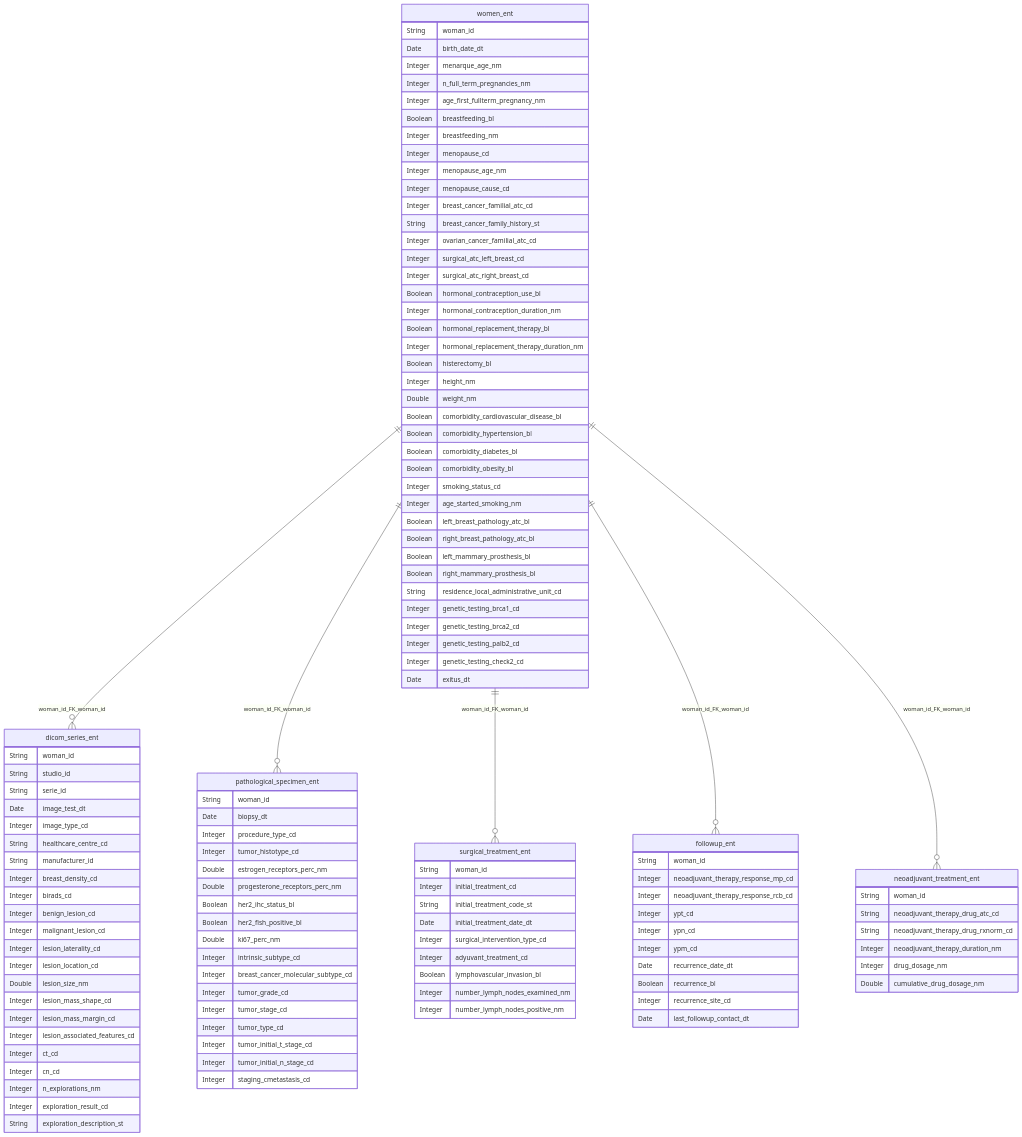
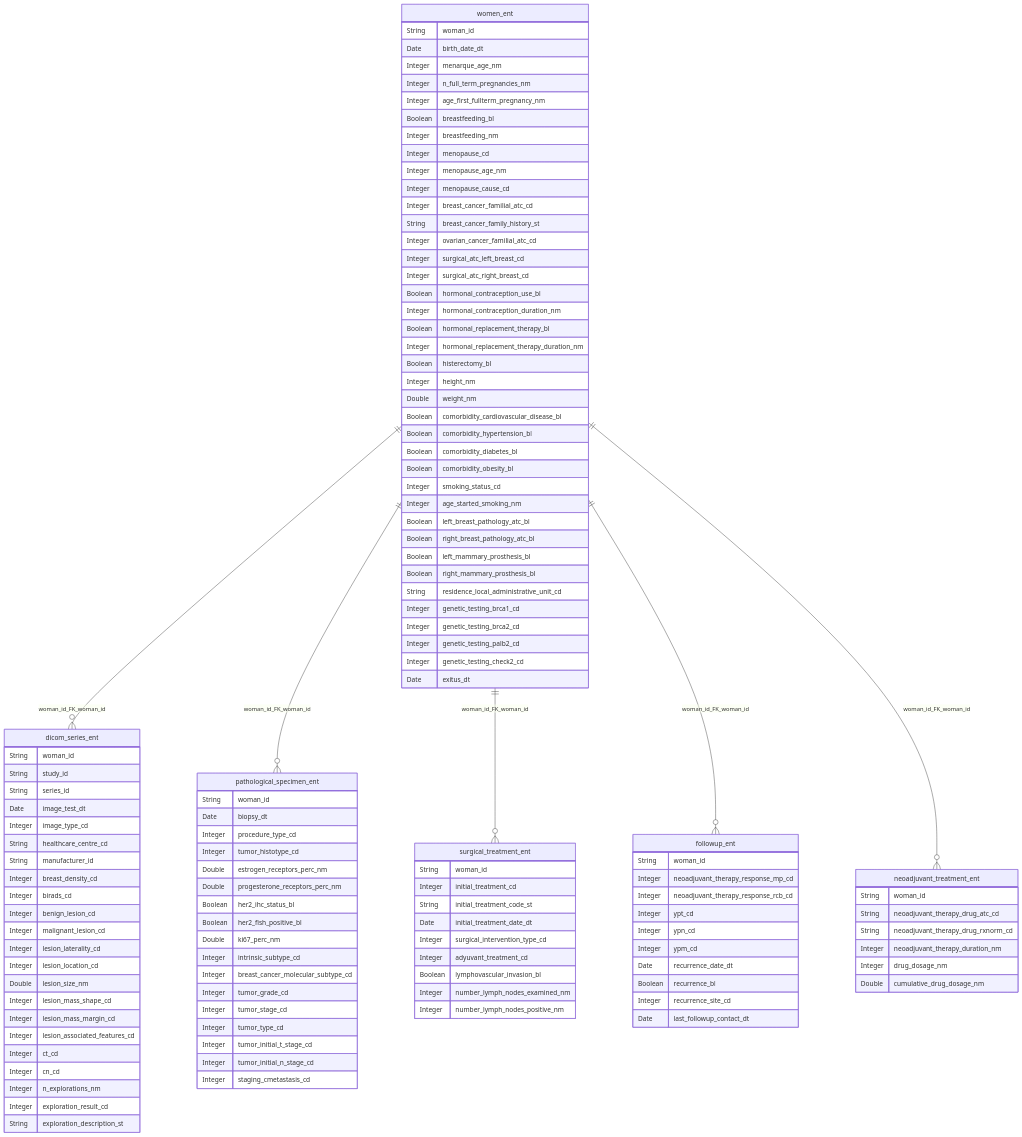
One commit to BreastSCan/Common-Data-Model changed the diagram in docs/CDM/ER.mmd. Above: the diagram before and after it, drawn with Mermaid. The commit also changed 10 other files, not shown here.

```diff
--- a/docs/CDM/ER.mmd
+++ b/docs/CDM/ER.mmd
@@ -1,120 +1,120 @@
 erDiagram
   women_ent {
     String woman_id
     Date birth_date_dt
     Integer menarque_age_nm
     Integer n_full_term_pregnancies_nm
     Integer age_first_fullterm_pregnancy_nm
     Boolean breastfeeding_bl
     Integer breastfeeding_nm
     Integer menopause_cd
     Integer menopause_age_nm
     Integer menopause_cause_cd
     Integer breast_cancer_familial_atc_cd
     String breast_cancer_family_history_st
     Integer ovarian_cancer_familial_atc_cd
     Integer surgical_atc_left_breast_cd
     Integer surgical_atc_right_breast_cd
     Boolean hormonal_contraception_use_bl
     Integer hormonal_contraception_duration_nm
     Boolean hormonal_replacement_therapy_bl
     Integer hormonal_replacement_therapy_duration_nm
     Boolean histerectomy_bl
     Integer height_nm
     Double weight_nm
     Boolean comorbidity_cardiovascular_disease_bl
     Boolean comorbidity_hypertension_bl
     Boolean comorbidity_diabetes_bl
     Boolean comorbidity_obesity_bl
     Integer smoking_status_cd
     Integer age_started_smoking_nm
     Boolean left_breast_pathology_atc_bl
     Boolean right_breast_pathology_atc_bl
     Boolean left_mammary_prosthesis_bl
     Boolean right_mammary_prosthesis_bl
     String residence_local_administrative_unit_cd
     Integer genetic_testing_brca1_cd
     Integer genetic_testing_brca2_cd
     Integer genetic_testing_palb2_cd
     Integer genetic_testing_check2_cd
     Date exitus_dt
   }
   dicom_series_ent {
     String woman_id
-    String studio_id
-    String serie_id
+    String study_id
+    String series_id
     Date image_test_dt
     Integer image_type_cd
     String healthcare_centre_cd
     String manufacturer_id
     Integer breast_density_cd
     Integer birads_cd
     Integer benign_lesion_cd
     Integer malignant_lesion_cd
     Integer lesion_laterality_cd
     Integer lesion_location_cd
     Double lesion_size_nm
     Integer lesion_mass_shape_cd
     Integer lesion_mass_margin_cd
     Integer lesion_associated_features_cd
     Integer ct_cd
     Integer cn_cd
     Integer n_explorations_nm
     Integer exploration_result_cd
     String exploration_description_st
   }
   surgical_treatment_ent {
     String woman_id
     Integer initial_treatment_cd
     String initial_treatment_code_st
     Date initial_treatment_date_dt
     Integer surgical_intervention_type_cd
     Integer adyuvant_treatment_cd
     Boolean lymphovascular_invasion_bl
     Integer number_lymph_nodes_examined_nm
     Integer number_lymph_nodes_positive_nm
   }
   pathological_specimen_ent {
     String woman_id
     Date biopsy_dt
     Integer procedure_type_cd
     Integer tumor_histotype_cd
     Double estrogen_receptors_perc_nm
     Double progesterone_receptors_perc_nm
     Boolean her2_ihc_status_bl
     Boolean her2_fish_positive_bl
     Double ki67_perc_nm
     Integer intrinsic_subtype_cd
     Integer breast_cancer_molecular_subtype_cd
     Integer tumor_grade_cd
     Integer tumor_stage_cd
     Integer tumor_type_cd
     Integer tumor_initial_t_stage_cd
     Integer tumor_initial_n_stage_cd
     Integer staging_cmetastasis_cd
   }
   neoadjuvant_treatment_ent {
     String woman_id
     String neoadjuvant_therapy_drug_atc_cd
     String neoadjuvant_therapy_drug_rxnorm_cd
     Integer neoadjuvant_therapy_duration_nm
     Integer drug_dosage_nm
     Double cumulative_drug_dosage_nm
   }
   followup_ent {
     String woman_id
     Integer neoadjuvant_therapy_response_mp_cd
     Integer neoadjuvant_therapy_response_rcb_cd
     Integer ypt_cd
     Integer ypn_cd
     Integer ypm_cd
     Date recurrence_date_dt
     Boolean recurrence_bl
     Integer recurrence_site_cd
     Date last_followup_contact_dt
   }
   women_ent ||--o{ dicom_series_ent : "woman_id_FK_woman_id"
   women_ent ||--o{ pathological_specimen_ent : "woman_id_FK_woman_id"
   women_ent ||--o{ surgical_treatment_ent : "woman_id_FK_woman_id"
   women_ent ||--o{ followup_ent : "woman_id_FK_woman_id"
   women_ent ||--o{ neoadjuvant_treatment_ent : "woman_id_FK_woman_id"
```
